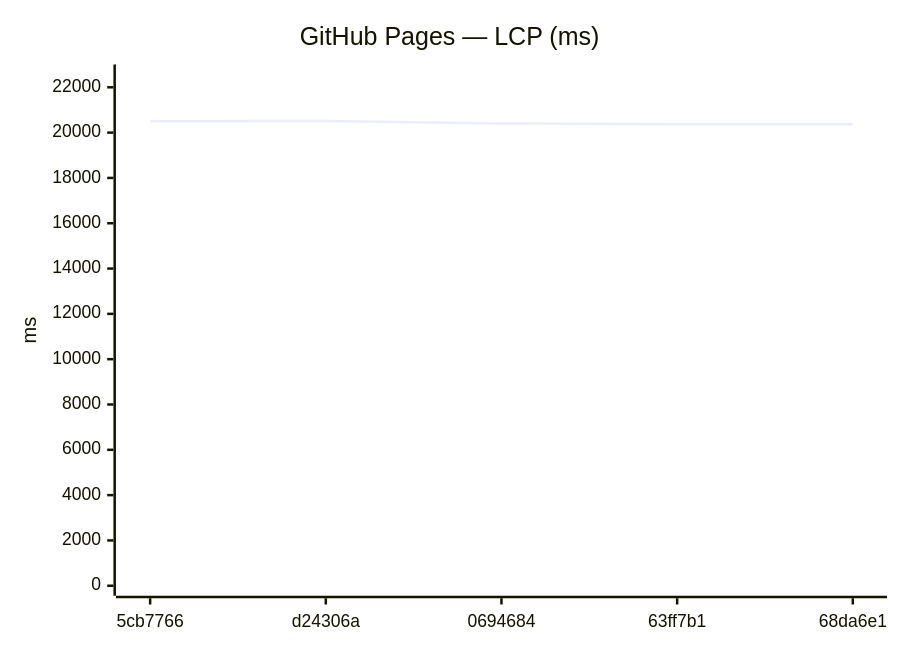
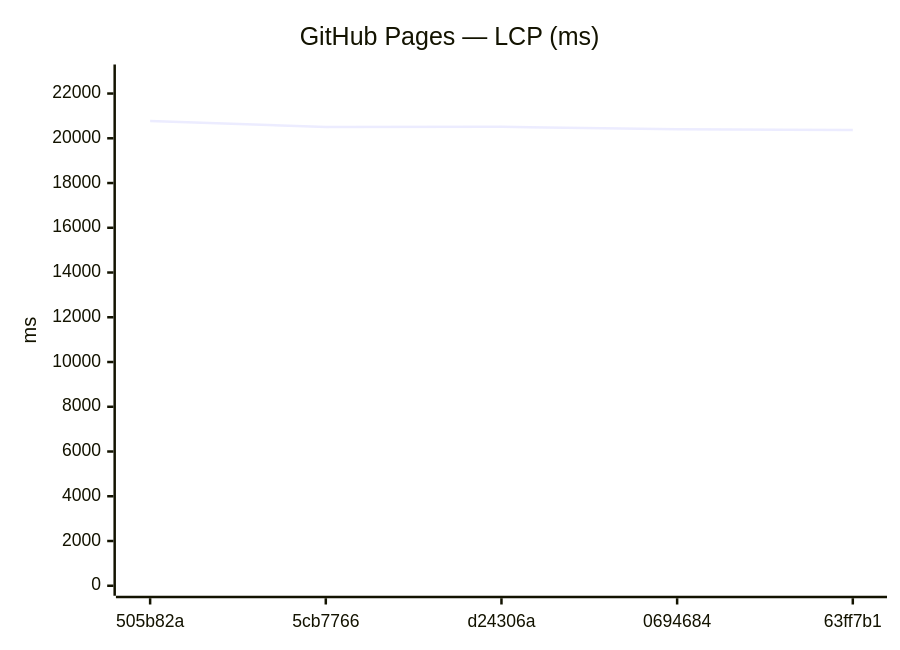
One commit to Metaheurist/Rianell changed the ninth of 18 diagrams in benchmarks/compare.md. Above: the diagram before and after it, drawn with Mermaid. The commit also changed other lines of this file and 11 other files, not shown here.

````diff
--- a/benchmarks/compare.md
+++ b/benchmarks/compare.md
@@ -142,7 +142,7 @@
 ```mermaid
 xychart-beta
     title "GitHub Pages — LCP (ms)"
-    x-axis ["5cb7766", "d24306a", "0694684", "63ff7b1", "68da6e1"]
-    y-axis "ms" 0 --> 22565
-    line [20501, 20513, 20406, 20374, 20366]
+    x-axis ["505b82a", "5cb7766", "d24306a", "0694684", "63ff7b1"]
+    y-axis "ms" 0 --> 22851
+    line [20773, 20501, 20513, 20406, 20374]
 ```
````
